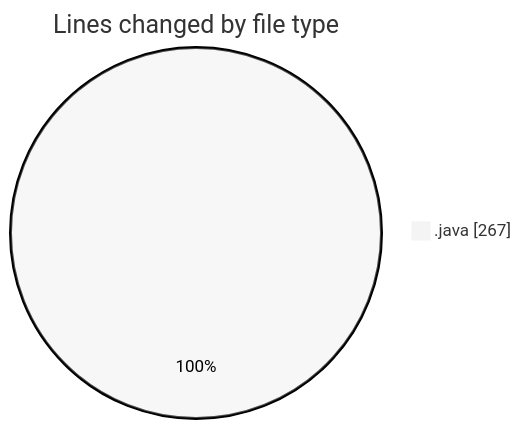
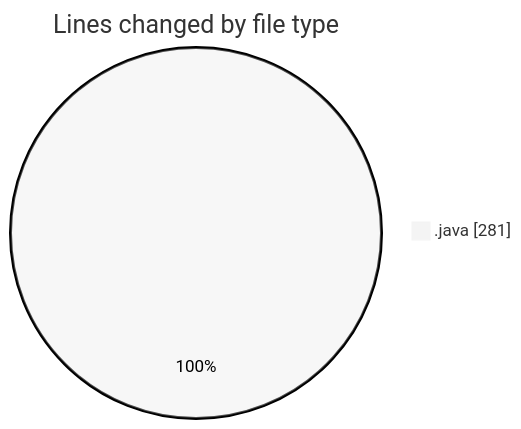
The first of 2 diagrams in 2025-03-08/computer_202/README.md (NitaiMahat/code-tracking), drawn with Mermaid (neutral theme) before and after one commit. The commit also changed other lines of this file and 1 other file, not shown here.

````diff
--- a/2025-03-08/computer_202/README.md
+++ b/2025-03-08/computer_202/README.md
@@ -26,5 +27,5 @@
 ```mermaid
 pie showData
 title Lines changed by file type
-".java" : 267
+".java" : 281
 ```
````
